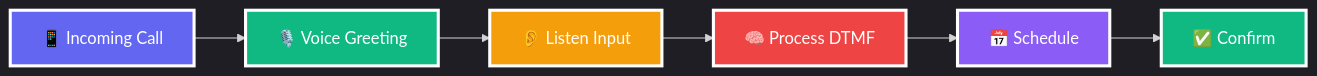
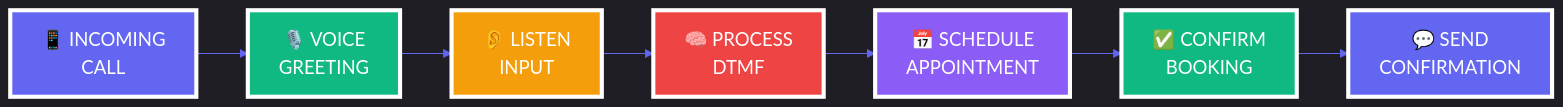
The diagram in README.md (AgelessRepublicGame/ai-voice-assistant-appointment-booking), drawn with Mermaid before and after one commit. The commit also changed other lines of this file, not shown here.

````diff
--- a/README.md
+++ b/README.md
@@ -37,16 +78,18 @@
 ```mermaid
-%%{init: {'theme':'dark', 'themeVariables': { 'primaryColor':'#6366F1','secondaryColor':'#10B981','tertiaryColor':'#F59E0B'}}}%%
+%%{init: {'theme':'dark', 'themeVariables': { 'primaryColor':'#6366F1','secondaryColor':'#10B981','tertiaryColor':'#F59E0B','lineColor':'#6366F1','fontSize':'18px'}}}%%
 graph LR
-    A[📱 Incoming Call] --> B[🎙️ Voice Greeting]
-    B --> C[👂 Listen Input]
-    C --> D[🧠 Process DTMF]
-    D --> E[📅 Schedule]
-    E --> F[✅ Confirm]
+    A[📱 INCOMING<br/>CALL] --> B[🎙️ VOICE<br/>GREETING]
+    B --> C[👂 LISTEN<br/>INPUT]
+    C --> D[🧠 PROCESS<br/>DTMF]
+    D --> E[📅 SCHEDULE<br/>APPOINTMENT]
+    E --> F[✅ CONFIRM<br/>BOOKING]
+    F --> G[💬 SEND<br/>CONFIRMATION]
     
-    style A fill:#6366F1,stroke:#fff,stroke-width:3px,color:#fff
-    style B fill:#10B981,stroke:#fff,stroke-width:3px,color:#fff
-    style C fill:#F59E0B,stroke:#fff,stroke-width:3px,color:#fff
-    style D fill:#EF4444,stroke:#fff,stroke-width:3px,color:#fff
-    style E fill:#8B5CF6,stroke:#fff,stroke-width:3px,color:#fff
-    style F fill:#10B981,stroke:#fff,stroke-width:3px,color:#fff
+    style A fill:#6366F1,stroke:#fff,stroke-width:4px,color:#fff
+    style B fill:#10B981,stroke:#fff,stroke-width:4px,color:#fff
+    style C fill:#F59E0B,stroke:#fff,stroke-width:4px,color:#fff
+    style D fill:#EF4444,stroke:#fff,stroke-width:4px,color:#fff
+    style E fill:#8B5CF6,stroke:#fff,stroke-width:4px,color:#fff
+    style F fill:#10B981,stroke:#fff,stroke-width:4px,color:#fff
+    style G fill:#6366F1,stroke:#fff,stroke-width:4px,color:#fff
 ```
````
